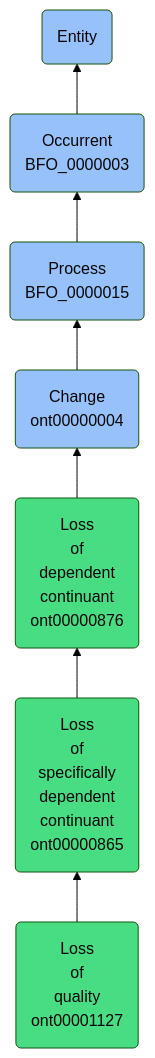
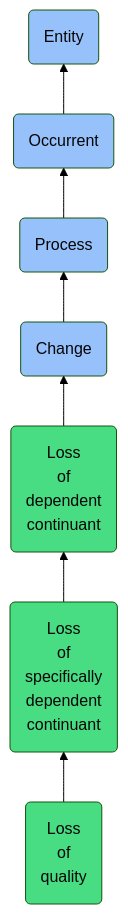
One commit to jupyter-naas/abi changed the diagram in docs/ontology/reference/model/Entity/Occurrent/Process/Change/Loss of dependent continuant/Loss of specifically dependent continuant/Loss of quality/Loss of quality.md. Above: the diagram before and after it, drawn with Mermaid (forest theme). The commit also changed other lines of this file and 1430 other files, not shown here.

````diff
--- a/docs/ontology/reference/model/Entity/Occurrent/Process/Change/Loss of dependent continuant/Loss of specifically dependent continuant/Loss of quality/Loss of quality.md
+++ b/docs/ontology/reference/model/Entity/Occurrent/Process/Change/Loss of dependent continuant/Loss of specifically dependent continuant/Loss of quality/Loss of quality.md
@@ -24,14 +24,14 @@
 ```mermaid
 graph BT
-    ont00001127(Loss<br>of<br>quality<br>ont00001127):::ABI-->ont00000865
-    ont00000865(Loss<br>of<br>specifically<br>dependent<br>continuant<br>ont00000865):::ABI-->ont00000876
-    ont00000876(Loss<br>of<br>dependent<br>continuant<br>ont00000876):::ABI-->ont00000004
-    ont00000004(Change<br>ont00000004):::BFO-->BFO_0000015
-    BFO_0000015(Process<br>BFO_0000015):::BFO-->BFO_0000003
-    BFO_0000003(Occurrent<br>BFO_0000003):::BFO-->BFO_0000001
+    ont00001127(Loss<br>of<br>quality):::ABI-->ont00000865
+    ont00000865(Loss<br>of<br>specifically<br>dependent<br>continuant):::ABI-->ont00000876
+    ont00000876(Loss<br>of<br>dependent<br>continuant):::ABI-->ont00000004
+    ont00000004(Change):::BFO-->BFO_0000015
+    BFO_0000015(Process):::BFO-->BFO_0000003
+    BFO_0000003(Occurrent):::BFO-->BFO_0000001
     BFO_0000001(Entity):::BFO
     
     classDef BFO fill:#97c1fb,color:#060606
     classDef CCO fill:#e4c51e,color:#060606
     classDef ABI fill:#48DD82,color:#060606
 ```
````
